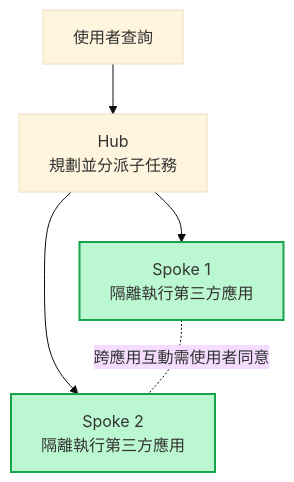
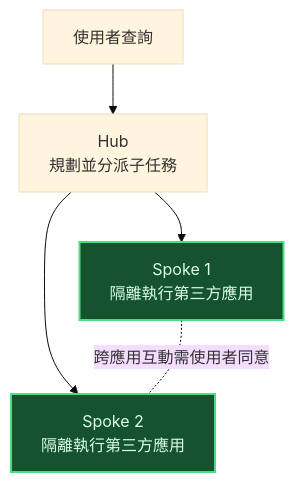
One commit to foylaou/ai-secops changed diagram 15 of 18 in slides.md. Above: the diagram before and after it, drawn with Mermaid (base theme). The commit also changed other lines of this file and 3 other files, not shown here.

````diff
--- a/slides.md
+++ b/slides.md
@@ -602,9 +606,9 @@
 ```mermaid {scale: 0.7}
 flowchart TD
   U["使用者查詢"] --> H["Hub<br/>規劃並分派子任務"]
   H --> S1["Spoke 1<br/>隔離執行第三方應用"]
   H --> S2["Spoke 2<br/>隔離執行第三方應用"]
   S1 -. "跨應用互動需使用者同意" .- S2
-  classDef def fill:#bbf7d0,stroke:#16a34a,stroke-width:2px
+  classDef def fill:#14532d,stroke:#4ade80,color:#dcfce7,stroke-width:2px
   class S1,S2 def
 ```
````
